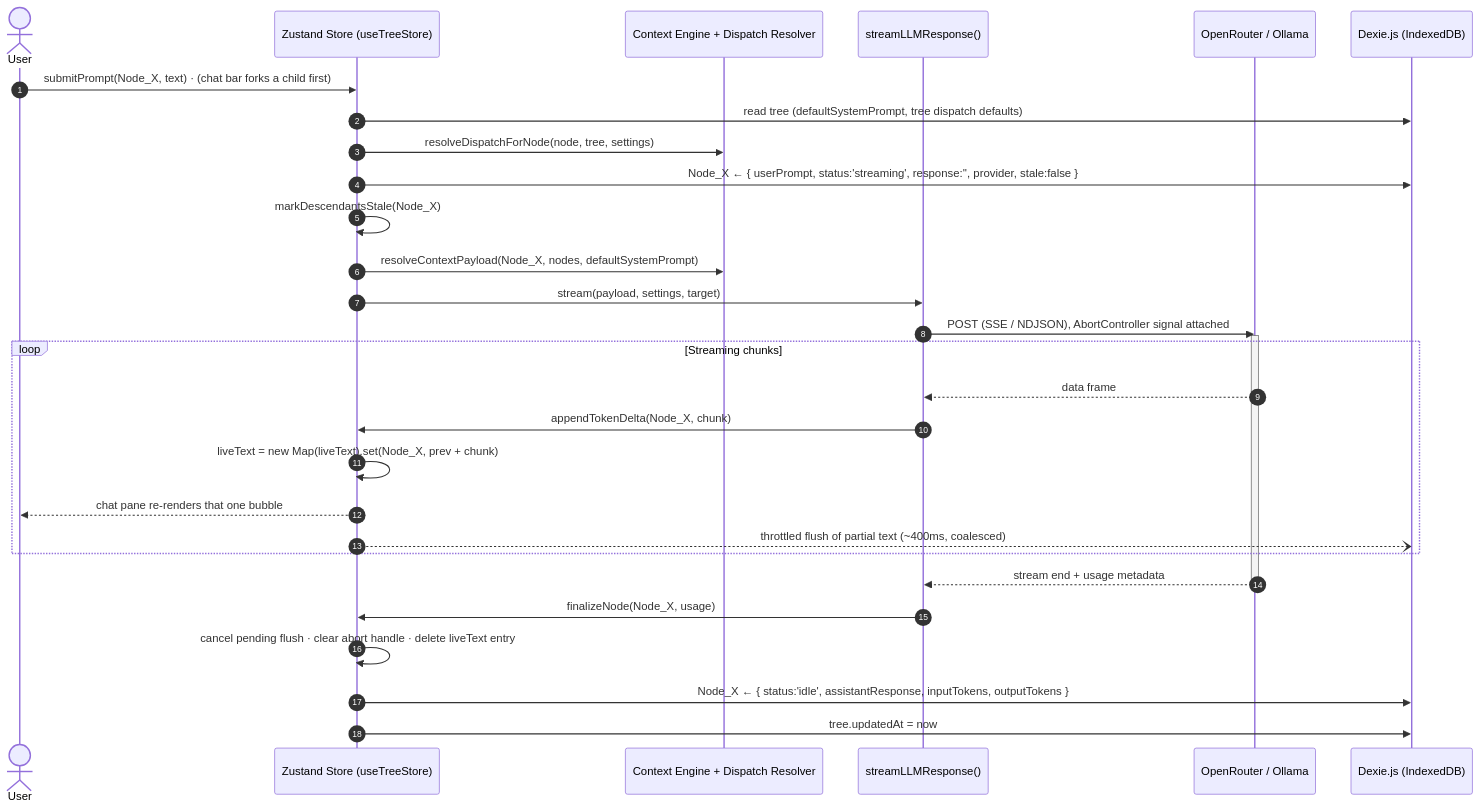
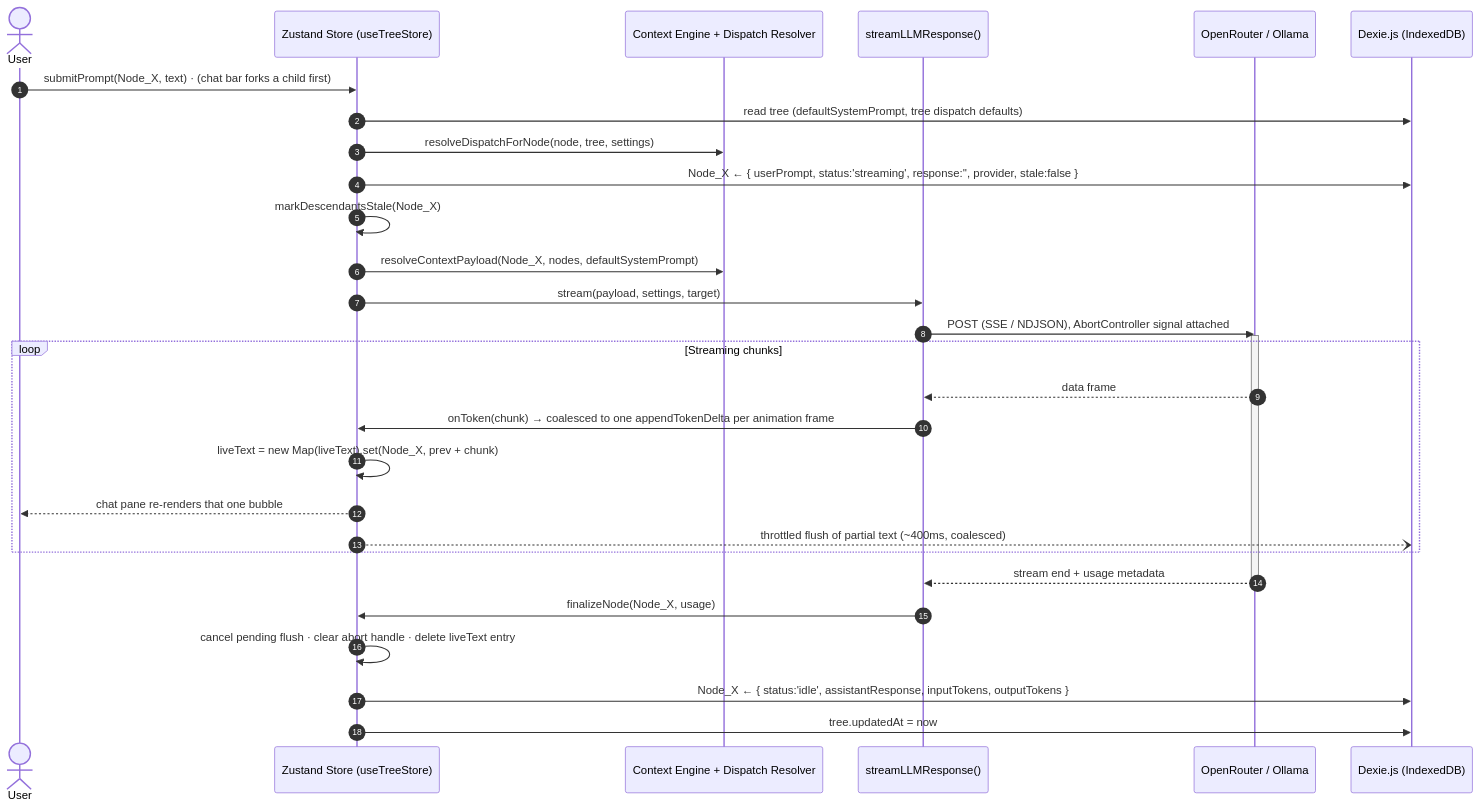
The second of 2 diagrams in docs/ARCHITECTURE.md (TinyThinker/HydraGraph), drawn with Mermaid before and after one commit. The commit also changed other lines of this file and 3 other files, not shown here.

Commit message:
docs: reconcile ARCHITECTURE with source through v0.6.0; fix stale counts

````diff
--- a/docs/ARCHITECTURE.md
+++ b/docs/ARCHITECTURE.md
@@ -545,37 +557,37 @@
 ```mermaid
 sequenceDiagram
     autonumber
     actor User
     participant Store as Zustand Store (useTreeStore)
     participant Ctx as Context Engine + Dispatch Resolver
     participant API as streamLLMResponse()
     participant Provider as OpenRouter / Ollama
     participant DB as Dexie.js (IndexedDB)
 
     User->>Store: submitPrompt(Node_X, text)  ·  (chat bar forks a child first)
     Store->>DB: read tree (defaultSystemPrompt, tree dispatch defaults)
     Store->>Ctx: resolveDispatchForNode(node, tree, settings)
     Store->>DB: Node_X ← { userPrompt, status:'streaming', response:'', provider, stale:false }
     Store->>Store: markDescendantsStale(Node_X)
     Store->>Ctx: resolveContextPayload(Node_X, nodes, defaultSystemPrompt)
     Store->>API: stream(payload, settings, target)
 
     API->>Provider: POST (SSE / NDJSON), AbortController signal attached
     activate Provider
 
     loop Streaming chunks
         Provider-->>API: data frame
-        API->>Store: appendTokenDelta(Node_X, chunk)
+        API->>Store: onToken(chunk) → coalesced to one appendTokenDelta per animation frame
         Store->>Store: liveText = new Map(liveText).set(Node_X, prev + chunk)
         Store-->>User: chat pane re-renders that one bubble
         Store--)DB: throttled flush of partial text (~400ms, coalesced)
     end
 
     Provider-->>API: stream end + usage metadata
     deactivate Provider
 
     API->>Store: finalizeNode(Node_X, usage)
     Store->>Store: cancel pending flush · clear abort handle · delete liveText entry
     Store->>DB: Node_X ← { status:'idle', assistantResponse, inputTokens, outputTokens }
     Store->>DB: tree.updatedAt = now
 ```
````
